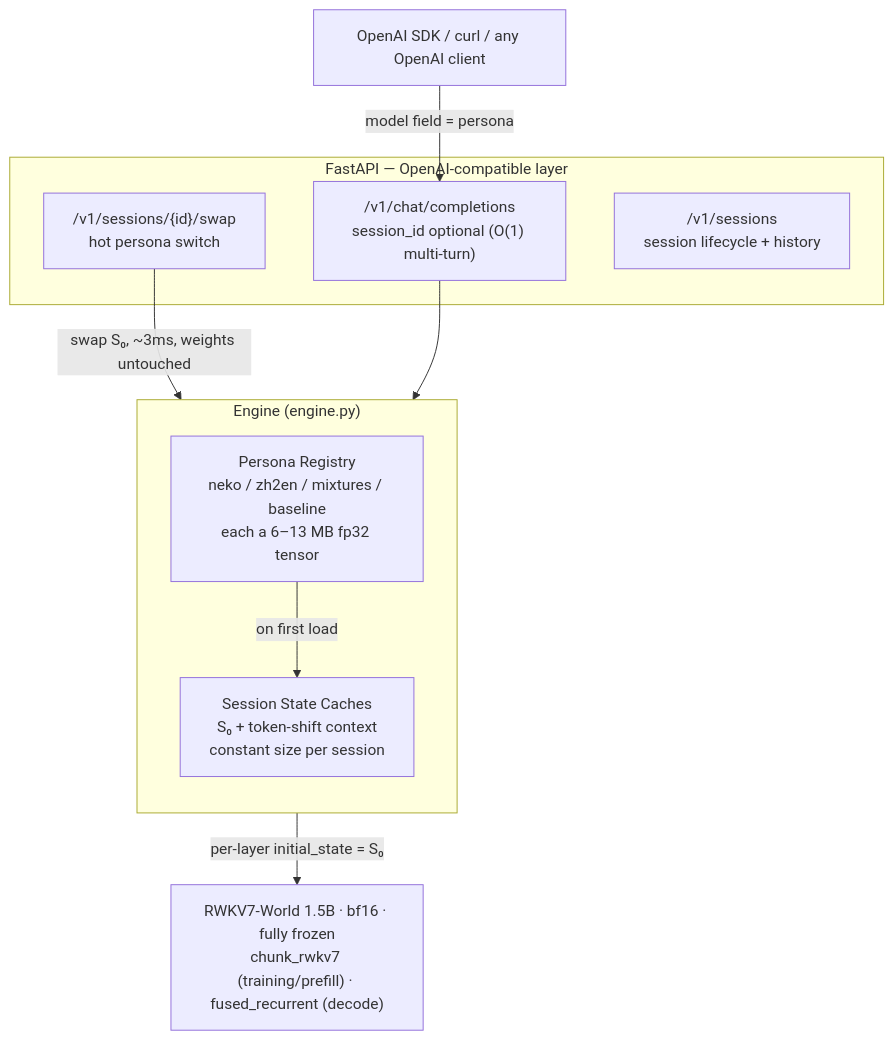
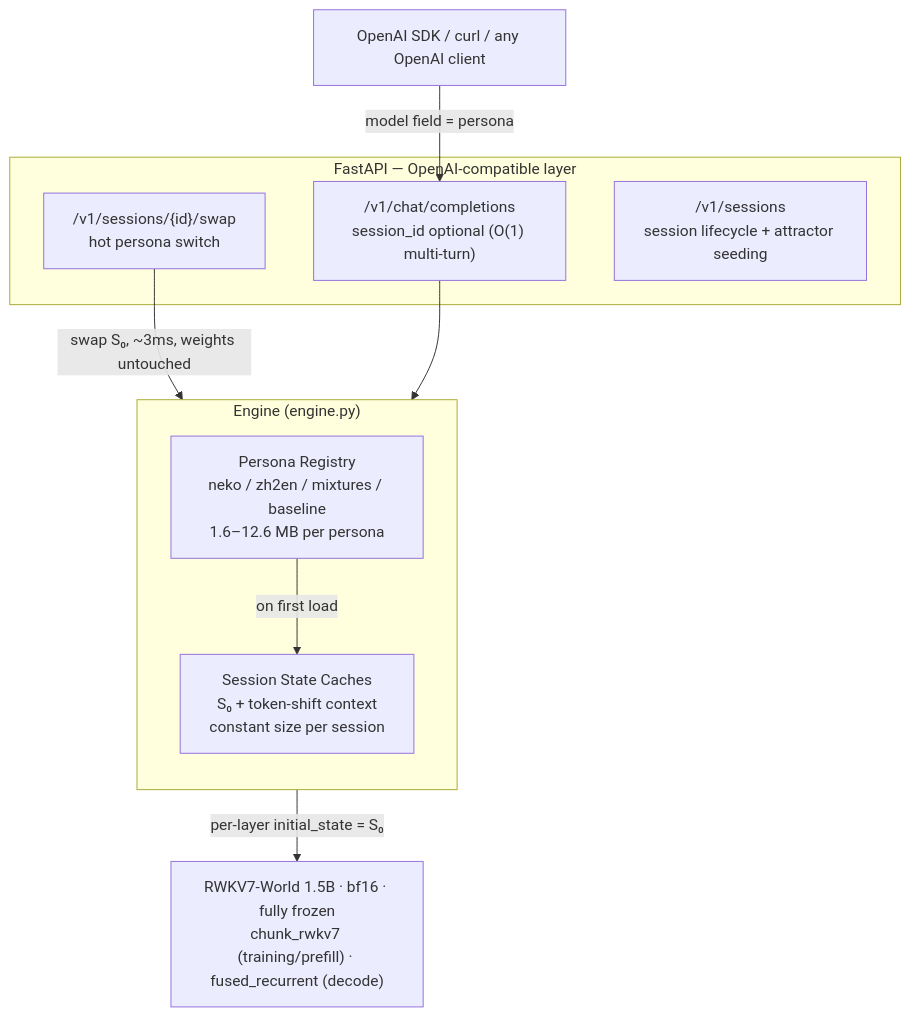
One commit to Nice0o0/stateswap changed the diagram in README.md. Above: the diagram before and after it, drawn with Mermaid. The commit also changed other lines of this file and 1 other file, not shown here.

````diff
--- a/README.md
+++ b/README.md
@@ -73,24 +74,24 @@
 ```mermaid
 flowchart TB
     Client["OpenAI SDK / curl / any OpenAI client"] -->|"model field = persona"| CHAT
 
     subgraph API["FastAPI — OpenAI-compatible layer"]
         CHAT["/v1/chat/completions<br/>session_id optional (O(1) multi-turn)"]
         SWAP["/v1/sessions/{id}/swap<br/>hot persona switch"]
-        SESSM["/v1/sessions<br/>session lifecycle + history"]
+        SESSM["/v1/sessions<br/>session lifecycle + attractor seeding"]
     end
 
     CHAT --> ENG
 
     subgraph ENG["Engine (engine.py)"]
         direction TB
-        REG["Persona Registry<br/>neko / zh2en / mixtures / baseline<br/>each a 6–13 MB fp32 tensor"]
+        REG["Persona Registry<br/>neko / zh2en / mixtures / baseline<br/>1.6–12.6 MB per persona"]
         SESS["Session State Caches<br/>S₀ + token-shift context<br/>constant size per session"]
         REG -->|"on first load"| SESS
         SWAP -->|"swap S₀, ~3ms, weights untouched"| SESS
     end
 
     SESS -->|"per-layer initial_state = S₀"| BASE
 
     BASE["RWKV7-World 1.5B · bf16 · fully frozen<br/>chunk_rwkv7 (training/prefill) · fused_recurrent (decode)"]
 ```
````
